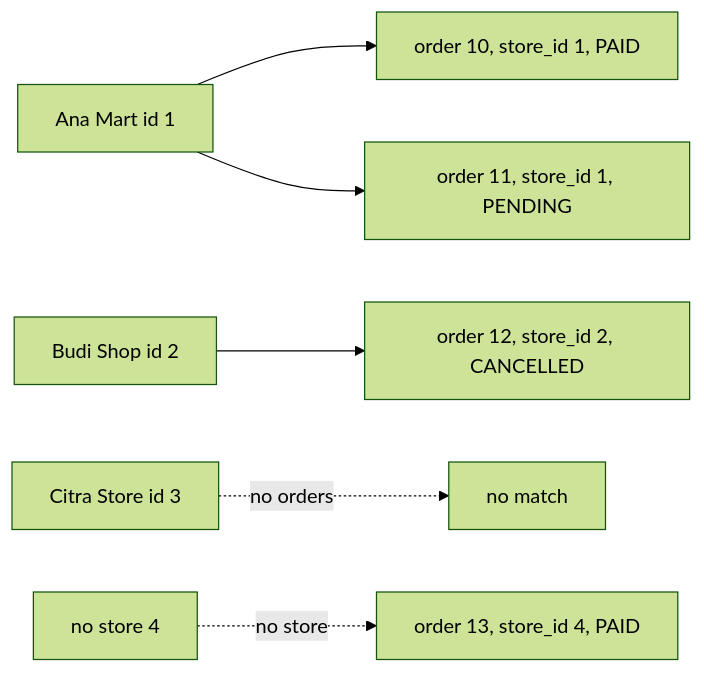
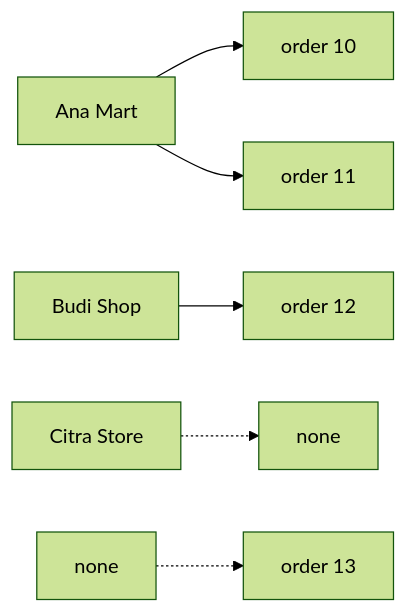
One commit to starjustice/research-material changed the third of 9 diagrams in learn/database/02-joins.md. Above: the diagram before and after it, drawn with Mermaid (forest theme). The commit also changed other lines of this file, not shown here.

````diff
--- a/learn/database/02-joins.md
+++ b/learn/database/02-joins.md
@@ -88,8 +70,8 @@
 ```mermaid
 graph LR
-    S1["Ana Mart id 1"] --> O10["order 10, store_id 1, PAID"]
-    S1 --> O11["order 11, store_id 1, PENDING"]
-    S2["Budi Shop id 2"] --> O12["order 12, store_id 2, CANCELLED"]
-    S3["Citra Store id 3"] -.->|no orders| X1["no match"]
-    X2["no store 4"] -.->|no store| O13["order 13, store_id 4, PAID"]
+    S1["Ana Mart"] --> O10["order 10"]
+    S1 --> O11["order 11"]
+    S2["Budi Shop"] --> O12["order 12"]
+    S3["Citra Store"] -.-> N1["none"]
+    N2["none"] -.-> O13["order 13"]
 ```
````
